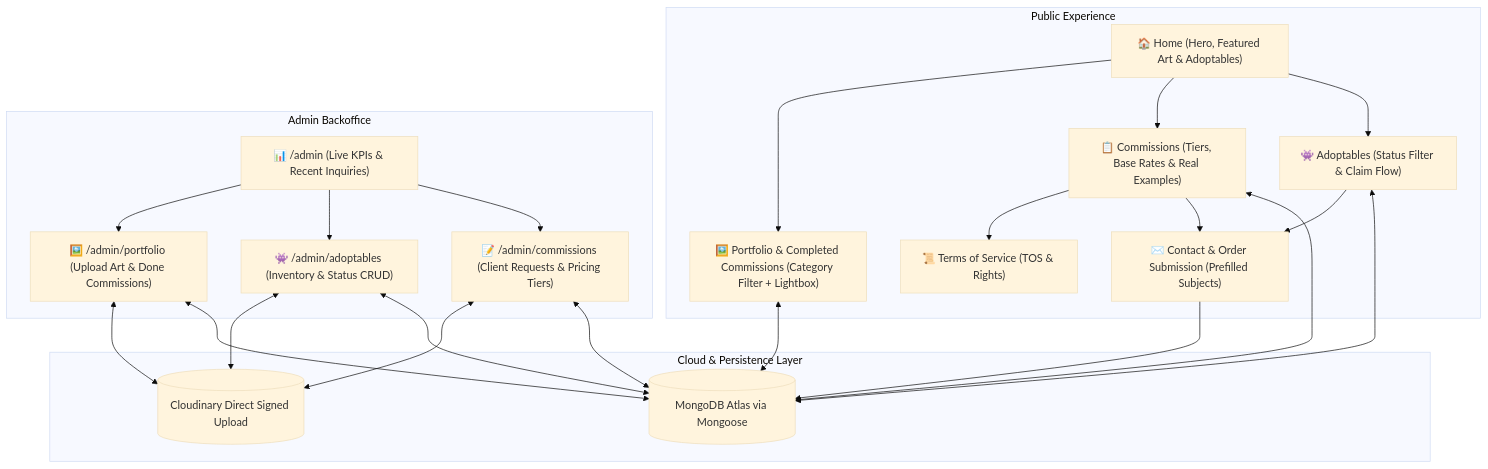
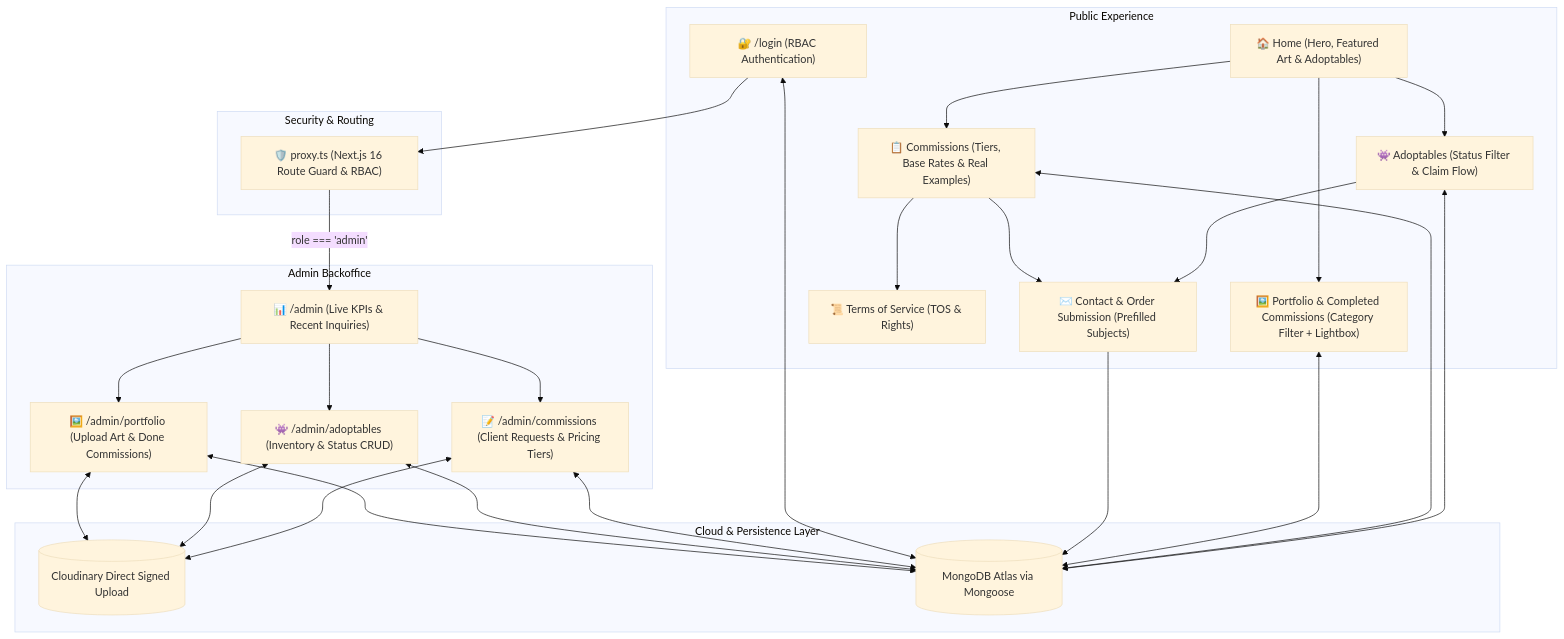
The diagram in README.md (MatiasRamirez3097/lucyart), drawn with Mermaid (base theme) before and after one commit. The commit also changed other lines of this file and 18 other files, not shown here.

````diff
--- a/README.md
+++ b/README.md
@@ -21,44 +21,52 @@
 ```mermaid
 flowchart TD
     subgraph Public Experience
         Home["🏠 Home (Hero, Featured Art & Adoptables)"]
         Portfolio["🖼️ Portfolio & Completed Commissions (Category Filter + Lightbox)"]
         Commissions["📋 Commissions (Tiers, Base Rates & Real Examples)"]
         Adoptables["👾 Adoptables (Status Filter & Claim Flow)"]
         TOS["📜 Terms of Service (TOS & Rights)"]
         Contact["✉️ Contact & Order Submission (Prefilled Subjects)"]
+        Login["🔐 /login (RBAC Authentication)"]
         
         Home --> Portfolio
         Home --> Commissions
         Home --> Adoptables
         Commissions --> TOS
         Commissions --> Contact
         Adoptables --> Contact
     end
 
+    subgraph Security & Routing
+        Proxy["🛡️ proxy.ts (Next.js 16 Route Guard & RBAC)"]
+        Login --> Proxy
+    end
+
     subgraph Admin Backoffice
         AdminDash["📊 /admin (Live KPIs & Recent Inquiries)"]
         AdminPortfolio["🖼️ /admin/portfolio (Upload Art & Done Commissions)"]
         AdminAdoptables["👾 /admin/adoptables (Inventory & Status CRUD)"]
         AdminCommissions["📝 /admin/commissions (Client Requests & Pricing Tiers)"]
 
+        Proxy -- "role === 'admin'" --> AdminDash
         AdminDash --> AdminPortfolio
         AdminDash --> AdminAdoptables
         AdminDash --> AdminCommissions
     end
 
     subgraph Cloud & Persistence Layer
         Cloud[(Cloudinary Direct Signed Upload)]
         DB[(MongoDB Atlas via Mongoose)]
         AdminPortfolio <--> Cloud
         AdminAdoptables <--> Cloud
         AdminCommissions <--> Cloud
         AdminPortfolio <--> DB
         AdminAdoptables <--> DB
         AdminCommissions <--> DB
+        Login <--> DB
         Contact --> DB
         Portfolio <--> DB
         Commissions <--> DB
         Adoptables <--> DB
     end
 ```
````
